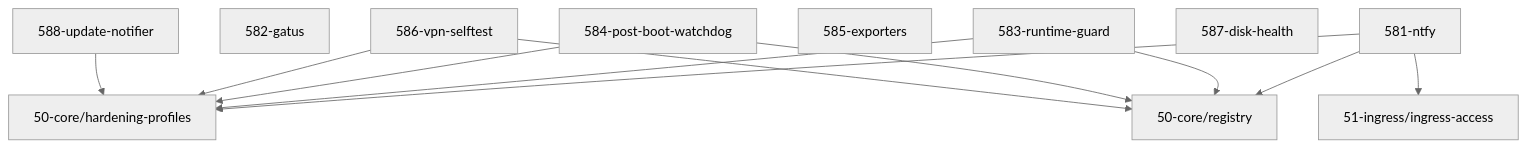
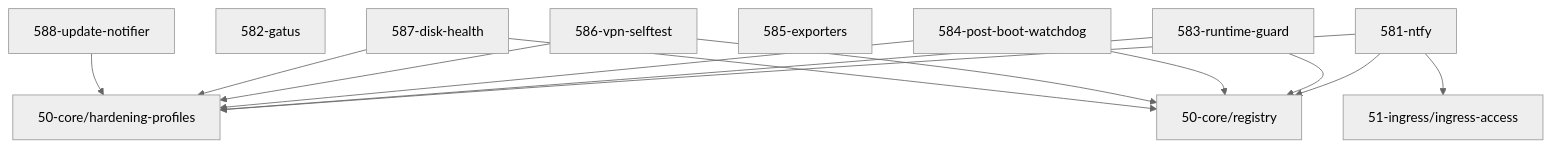
The diagram in 58-observability/AGENTS.md (grapefruit89/mediNix-core), drawn with Mermaid (neutral theme) before and after one commit. The commit also changed 8 other files, not shown here.

````diff
--- a/58-observability/AGENTS.md
+++ b/58-observability/AGENTS.md
@@ -62,16 +62,17 @@
 ```mermaid
 graph TD
   581_ntfy["581-ntfy"] --> hardening_profiles["50-core/hardening-profiles"]
   581_ntfy["581-ntfy"] --> registry["50-core/registry"]
   581_ntfy["581-ntfy"] --> ingress_access["51-ingress/ingress-access"]
   582_gatus["582-gatus"]
   583_runtime_guard["583-runtime-guard"] --> hardening_profiles["50-core/hardening-profiles"]
   583_runtime_guard["583-runtime-guard"] --> registry["50-core/registry"]
   584_post_boot_watchdog["584-post-boot-watchdog"] --> hardening_profiles["50-core/hardening-profiles"]
   584_post_boot_watchdog["584-post-boot-watchdog"] --> registry["50-core/registry"]
   585_exporters["585-exporters"]
   586_vpn_selftest["586-vpn-selftest"] --> registry["50-core/registry"]
   586_vpn_selftest["586-vpn-selftest"] --> hardening_profiles["50-core/hardening-profiles"]
-  587_disk_health["587-disk-health"]
+  587_disk_health["587-disk-health"] --> hardening_profiles["50-core/hardening-profiles"]
+  587_disk_health["587-disk-health"] --> registry["50-core/registry"]
   588_update_notifier["588-update-notifier"] --> hardening_profiles["50-core/hardening-profiles"]
 ```
````
